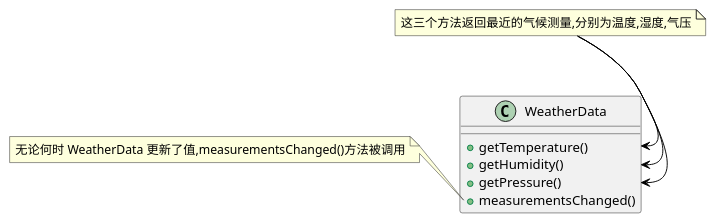
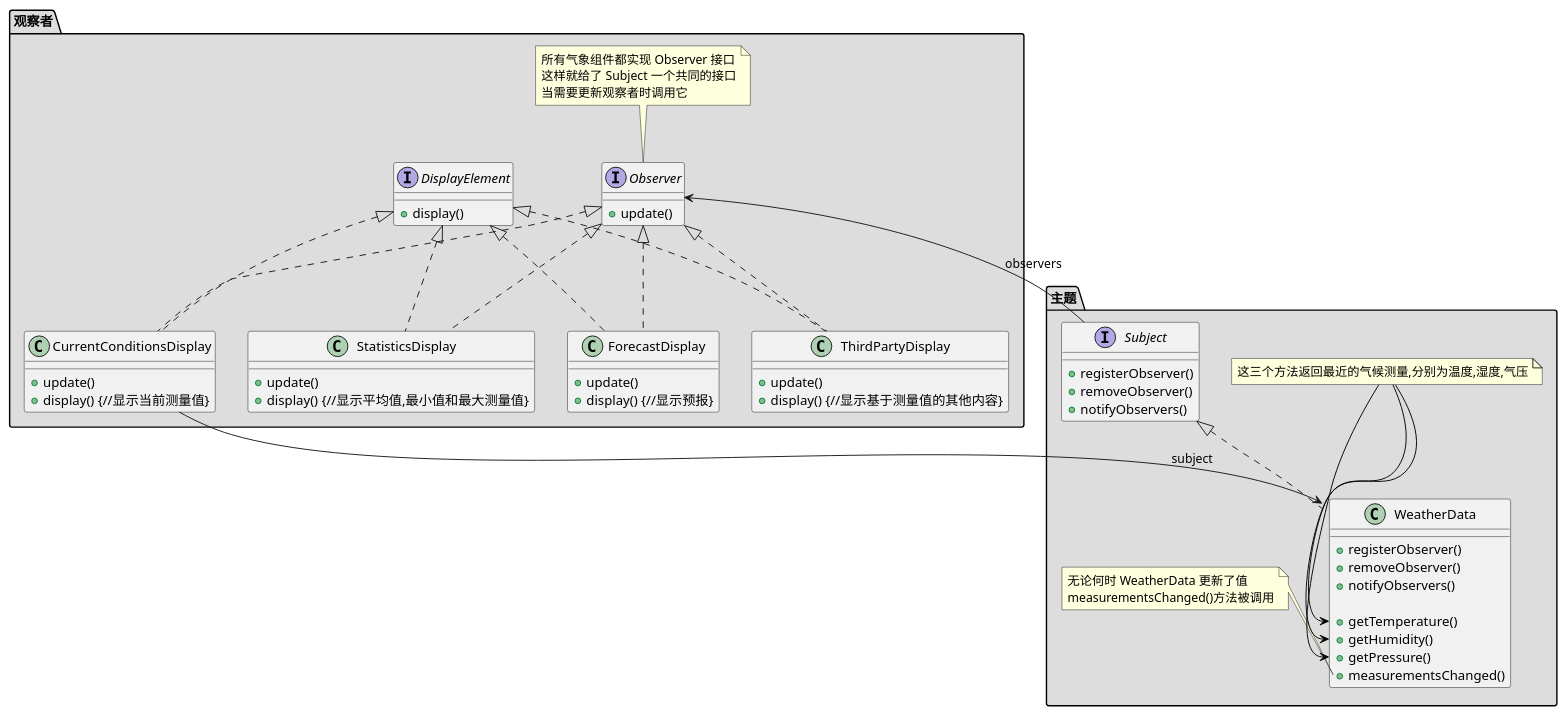
Before and after one commit to lindezhong/my-vim-config: the fourth of 4 diagrams in UltiSnips/design_patterns.md, drawn with PlantUML. The commit also changed other lines of this file and 1 other file, not shown here.

````diff
--- a/UltiSnips/design_patterns.md
+++ b/UltiSnips/design_patterns.md
@@ -288,17 +301,62 @@
 ```plantuml
 @startuml
-class WeatherData {
-    + getTemperature()
-    + getHumidity()
-    + getPressure()
-    + measurementsChanged()
+
+package "主题" #DDDDDD {
+    interface Subject {
+        + registerObserver()
+        + removeObserver()
+        + notifyObservers()
+    }
+    class WeatherData implements Subject {
+        + registerObserver()
+        + removeObserver()
+        + notifyObservers()
+    
+        + getTemperature()
+        + getHumidity()
+        + getPressure()
+        + measurementsChanged()
+    }
+    note "这三个方法返回最近的气候测量,分别为温度,湿度,气压" as N1
+    N1 --> WeatherData::getTemperature #000000
+    N1 --> WeatherData::getHumidity #000000
+    N1 --> WeatherData::getPressure #000000
+    note left of WeatherData::measurementsChanged()
+    无论何时 WeatherData 更新了值
+    measurementsChanged()方法被调用
+    end note
 }
-note "这三个方法返回最近的气候测量,分别为温度,湿度,气压" as N1
-N1 --> WeatherData::getTemperature #000000
-N1 --> WeatherData::getHumidity #000000
-N1 --> WeatherData::getPressure #000000
-note left of WeatherData::measurementsChanged()
-无论何时 WeatherData 更新了值,measurementsChanged()方法被调用
-end note
+
+package "观察者" #DDDDDD {
+    interface DisplayElement {
+        + display()
+    }
+    interface Observer {
+        + update()
+    }
+    note top of Observer : 所有气象组件都实现 Observer 接口\n这样就给了 Subject 一个共同的接口\n当需要更新观察者时调用它
+    Subject --> Observer : observers
+    
+       
+    class CurrentConditionsDisplay implements Observer,DisplayElement {
+        + update()
+        + display() {//显示当前测量值}
+    }
+    CurrentConditionsDisplay --> WeatherData : subject
+    
+    class ThirdPartyDisplay implements Observer,DisplayElement {
+        + update()
+        + display() {//显示基于测量值的其他内容}
+    }
+    class StatisticsDisplay implements Observer,DisplayElement {
+        + update()
+        + display() {//显示平均值,最小值和最大测量值}
+    }
+    class ForecastDisplay implements Observer,DisplayElement {
+        + update()
+        + display() {//显示预报}
+    }
+}
+
 @enduml
 ```
````
